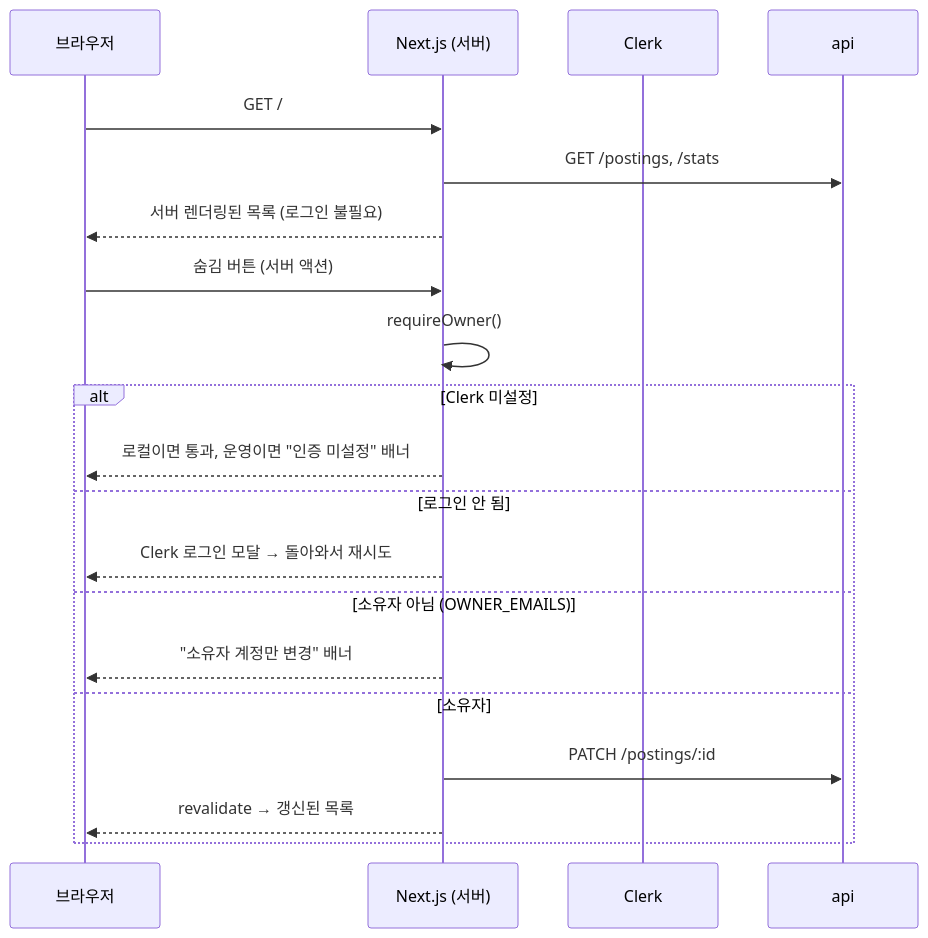
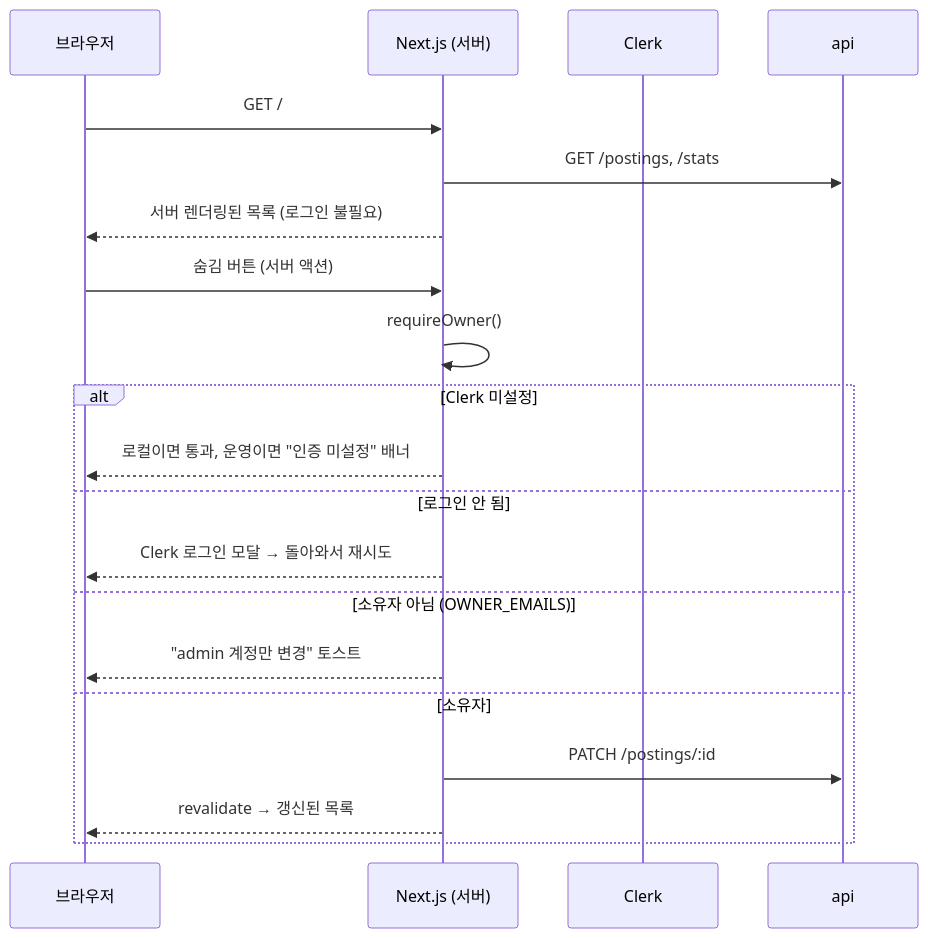
Before and after one commit to abbb1399/crawler: the fourth of 5 diagrams in docs/ARCHITECTURE.md, drawn with Mermaid. The commit also changed 10 other files, not shown here.

````diff
--- a/docs/ARCHITECTURE.md
+++ b/docs/ARCHITECTURE.md
@@ -182,23 +182,23 @@
 ```mermaid
 sequenceDiagram
     participant B as 브라우저
     participant W as Next.js (서버)
     participant CL as Clerk
     participant API as api
 
     B->>W: GET /
     W->>API: GET /postings, /stats
     W-->>B: 서버 렌더링된 목록 (로그인 불필요)
     B->>W: 숨김 버튼 (서버 액션)
     W->>W: requireOwner()
     alt Clerk 미설정
         W-->>B: 로컬이면 통과, 운영이면 "인증 미설정" 배너
     else 로그인 안 됨
         W-->>B: Clerk 로그인 모달 → 돌아와서 재시도
     else 소유자 아님 (OWNER_EMAILS)
-        W-->>B: "소유자 계정만 변경" 배너
+        W-->>B: "admin 계정만 변경" 토스트
     else 소유자
         W->>API: PATCH /postings/:id
         W-->>B: revalidate → 갱신된 목록
     end
 ```
````
